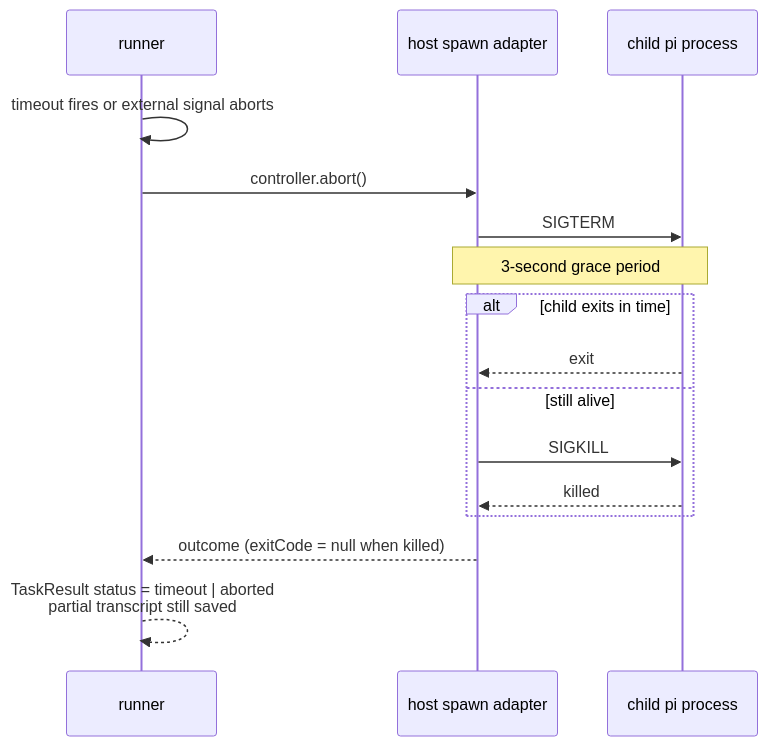
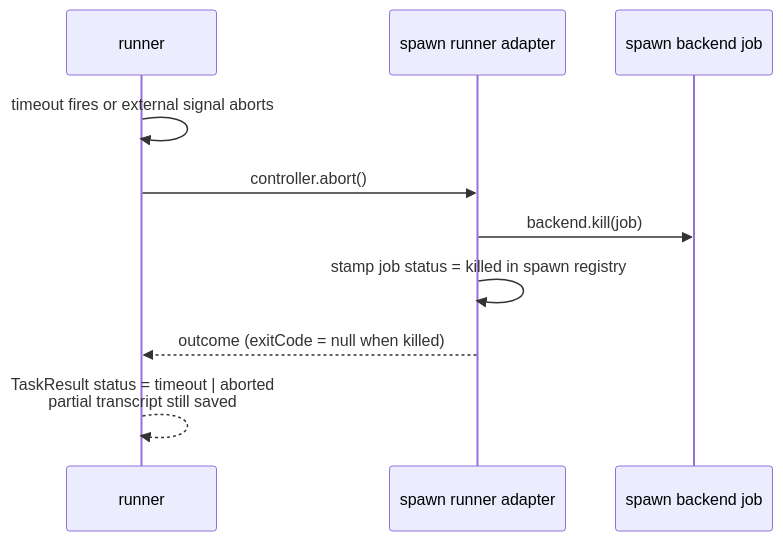
One commit to ulvestuen/pi-kit changed the eighth of 10 diagrams in docs/fleet-architecture.md. Above: the diagram before and after it, drawn with Mermaid. The commit also changed other lines of this file and 20 other files, not shown here.

````diff
--- a/docs/fleet-architecture.md
+++ b/docs/fleet-architecture.md
@@ -326,19 +328,13 @@
 ```mermaid
 sequenceDiagram
     participant R as runner
-    participant S as host spawn adapter
-    participant C as child pi process
+    participant S as spawn runner adapter
+    participant B as spawn backend job
 
     R->>R: timeout fires or external signal aborts
     R->>S: controller.abort()
-    S->>C: SIGTERM
-    Note over S,C: 3-second grace period
-    alt child exits in time
-        C-->>S: exit
-    else still alive
-        S->>C: SIGKILL
-        C-->>S: killed
-    end
+    S->>B: backend.kill(job)
+    S->>S: stamp job status = killed in spawn registry
     S-->>R: outcome (exitCode = null when killed)
     R-->>R: TaskResult status = timeout | aborted<br/>partial transcript still saved
 ```
````
